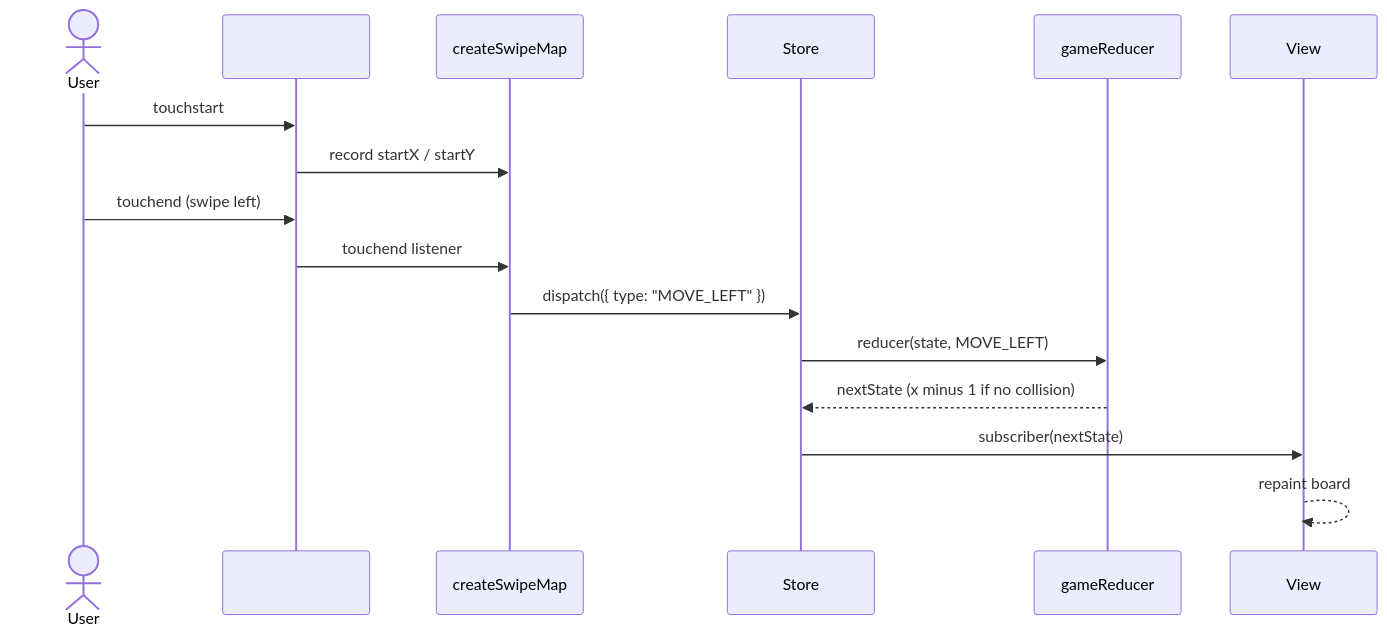
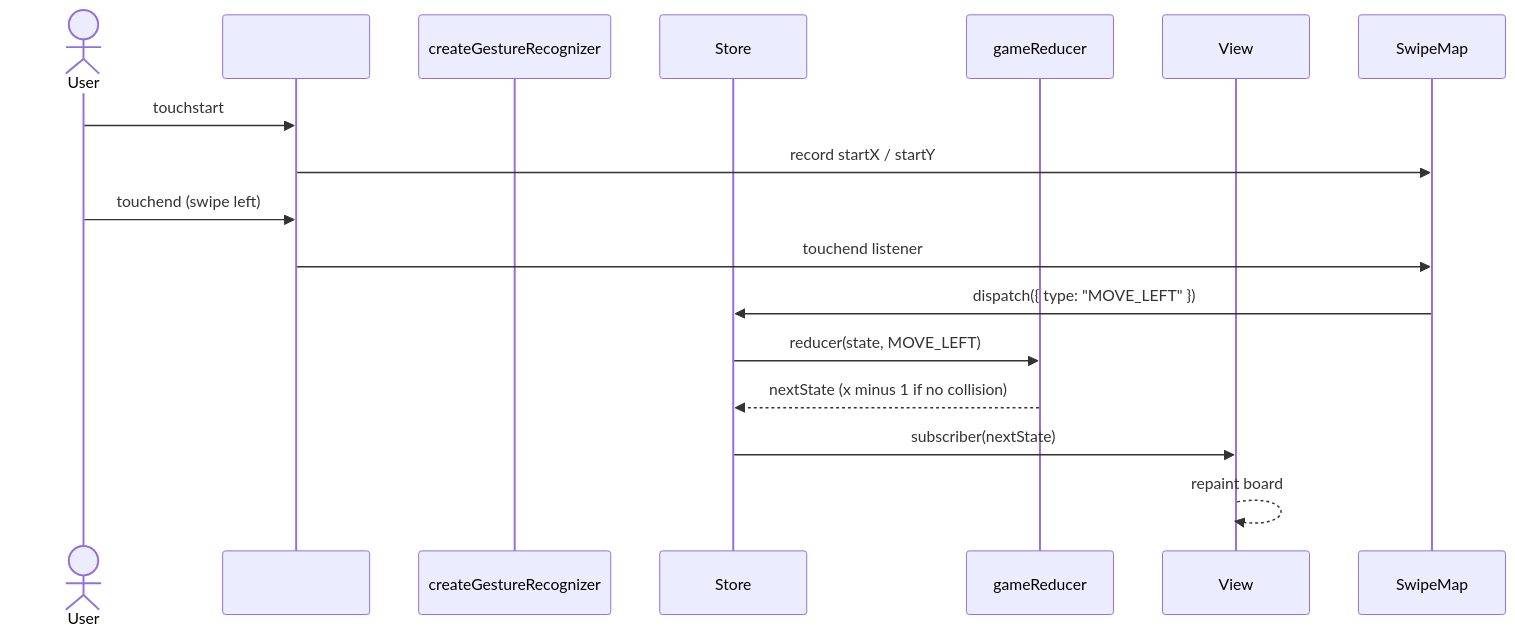
Diagram 12 of 15 in doc/software_architecture.md (OMerkel/TetrominoStacking), drawn with Mermaid before and after one commit. The commit also changed other lines of this file and 11 other files, not shown here.

````diff
--- a/doc/software_architecture.md
+++ b/doc/software_architecture.md
@@ -579,19 +817,19 @@
 ```mermaid
 sequenceDiagram
   actor User
   participant Board as #board element
-  participant SwipeMap as createSwipeMap
+    participant GestureRec as createGestureRecognizer
   participant Store
   participant Reducer as gameReducer
   participant View
 
   User->>Board: touchstart
   Board->>SwipeMap: record startX / startY
   User->>Board: touchend (swipe left)
   Board->>SwipeMap: touchend listener
   SwipeMap->>Store: dispatch({ type: "MOVE_LEFT" })
   Store->>Reducer: reducer(state, MOVE_LEFT)
   Reducer-->>Store: nextState (x minus 1 if no collision)
   Store->>View: subscriber(nextState)
   View-->>View: repaint board
 ```
````
